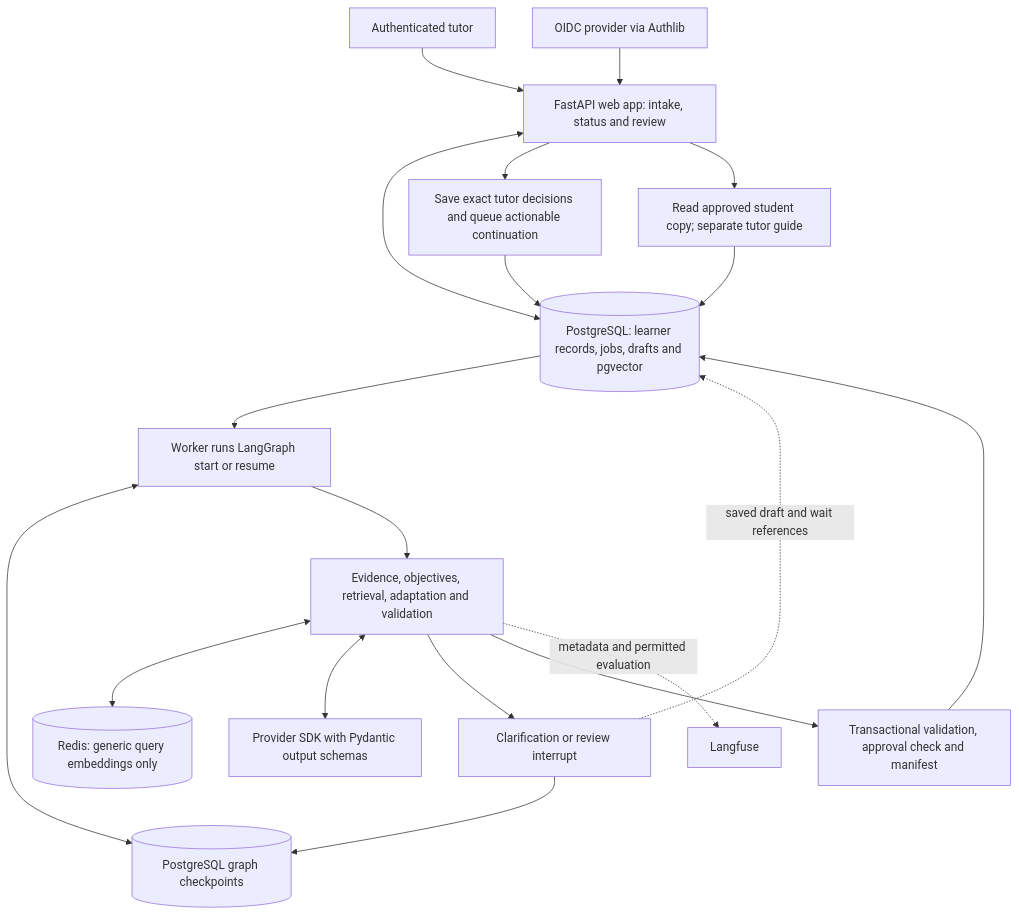
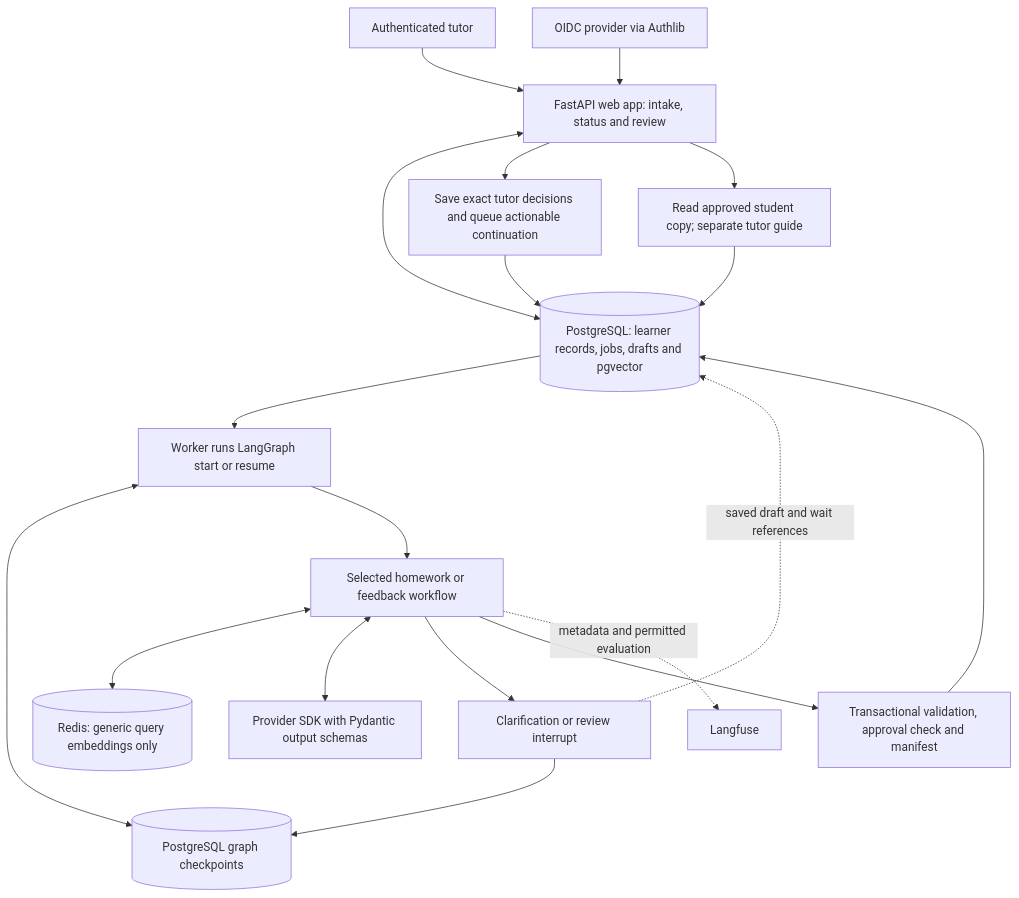
Before and after one commit to stan-playground/Tutor-2: the first of 2 diagrams in Architecture.md, drawn with Mermaid. The commit also changed other lines of this file and 34 other files, not shown here.

````diff
--- a/Architecture.md
+++ b/Architecture.md
@@ -263,21 +279,21 @@
 ```mermaid
 flowchart TD
     Tutor[Authenticated tutor] --> Web[FastAPI web app: intake, status and review]
     Identity[OIDC provider via Authlib] --> Web
     Web <--> DB[(PostgreSQL: learner records, jobs, drafts and pgvector)]
     Web --> Decisions[Save exact tutor decisions and queue actionable continuation]
     Decisions --> DB
     DB --> Worker[Worker runs LangGraph start or resume]
     Worker <--> Checkpoints[(PostgreSQL graph checkpoints)]
-    Worker --> Graph[Evidence, objectives, retrieval, adaptation and validation]
+    Worker --> Graph[Selected homework or feedback workflow]
     Graph <--> Cache[(Redis: generic query embeddings only)]
     Graph <--> Model[Provider SDK with Pydantic output schemas]
     Graph --> Wait[Clarification or review interrupt]
     Wait --> Checkpoints
     Wait -. saved draft and wait references .-> DB
     Graph --> Finalize[Transactional validation, approval check and manifest]
     Finalize --> DB
     Web --> Copy[Read approved student copy; separate tutor guide]
     Copy --> DB
     Graph -. metadata and permitted evaluation .-> LF[Langfuse]
 ```
````
